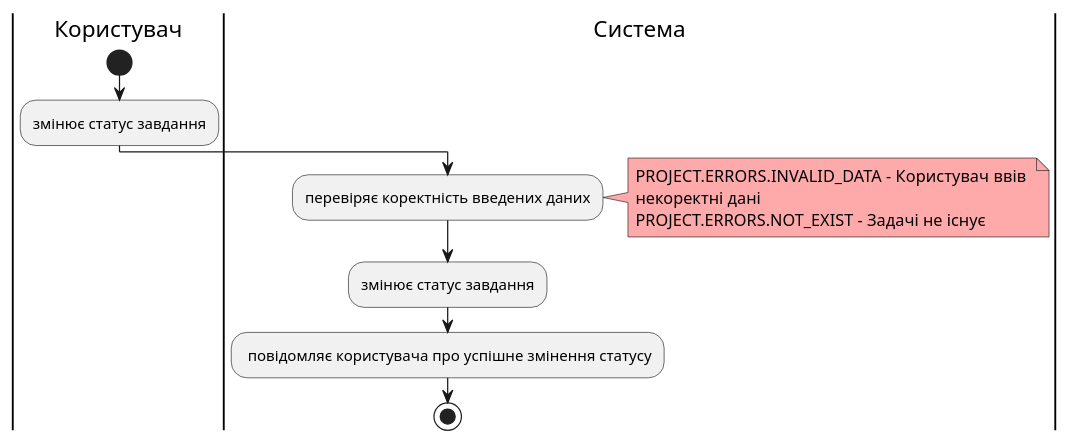
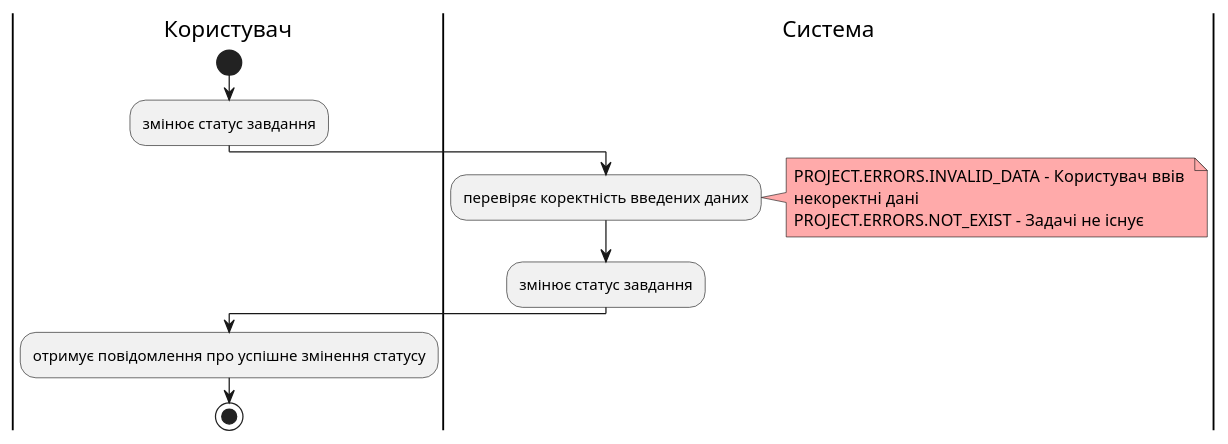
Diagram 13 of 23 in docs/use cases/README.md (yarikkot04/Sup), drawn with PlantUML before and after one commit. The commit also changed other lines of this file and 1 other file, not shown here.

```diff
--- a/docs/use cases/README.md
+++ b/docs/use cases/README.md
@@ -574,16 +580,17 @@
 @startuml
     
     |Користувач|
      start 
-      :змінює статус завдання;
+       :змінює статус завдання;
     |Система|
-      :перевіряє коректність введених даних;
+       :перевіряє коректність введених даних;
        note right #ffaaaa
        PROJECT.ERRORS.INVALID_DATA - Користувач ввів 
        некоректні дані
        PROJECT.ERRORS.NOT_EXIST - Задачі не існує
        end note
-      :змінює статус завдання;
-      : повідомляє користувача про успішне змінення статусу;
+       :змінює статус завдання;
+    |Користувач|
+       :отримує повідомлення про успішне змінення статусу;
      stop;
 @enduml
```
